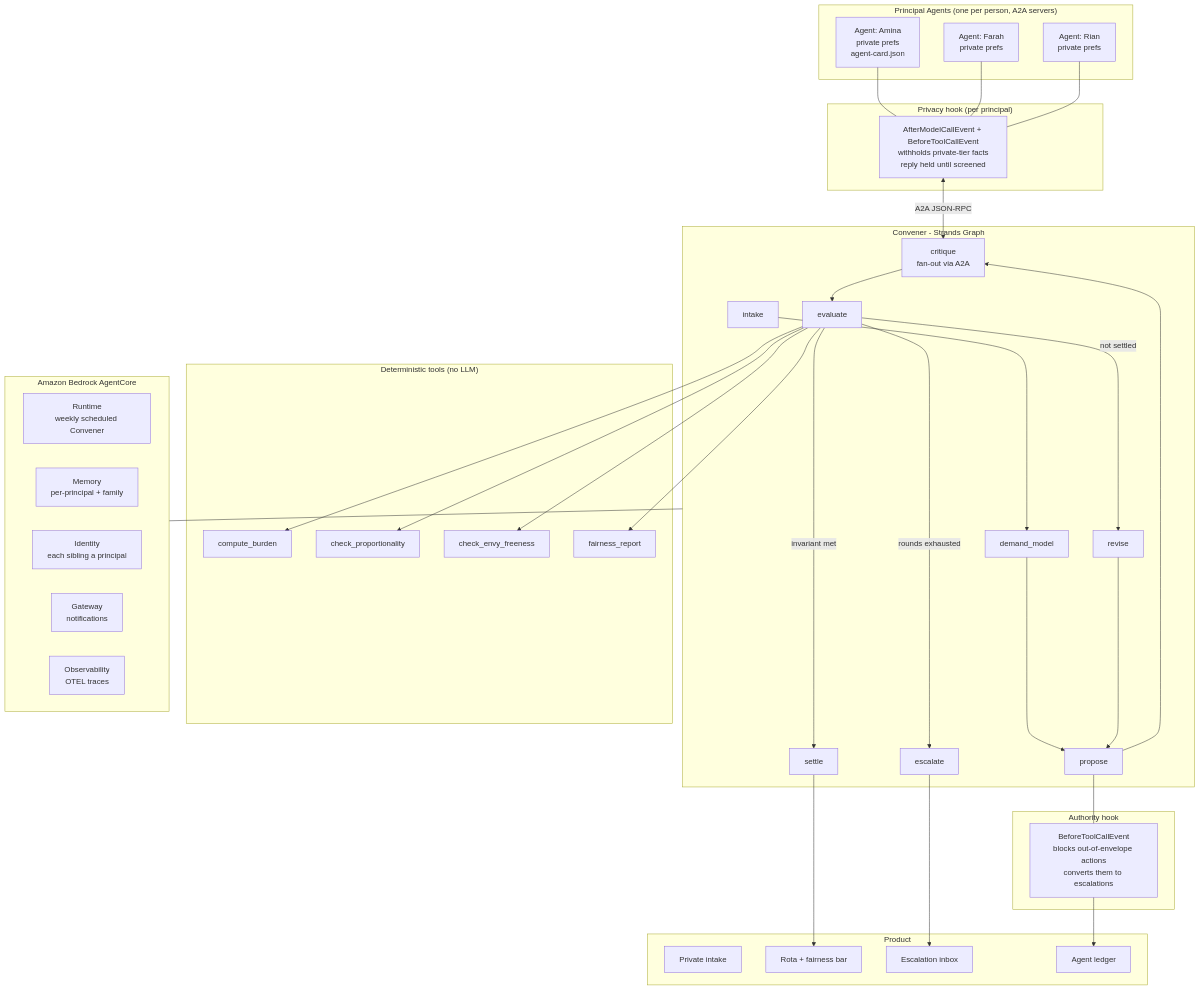
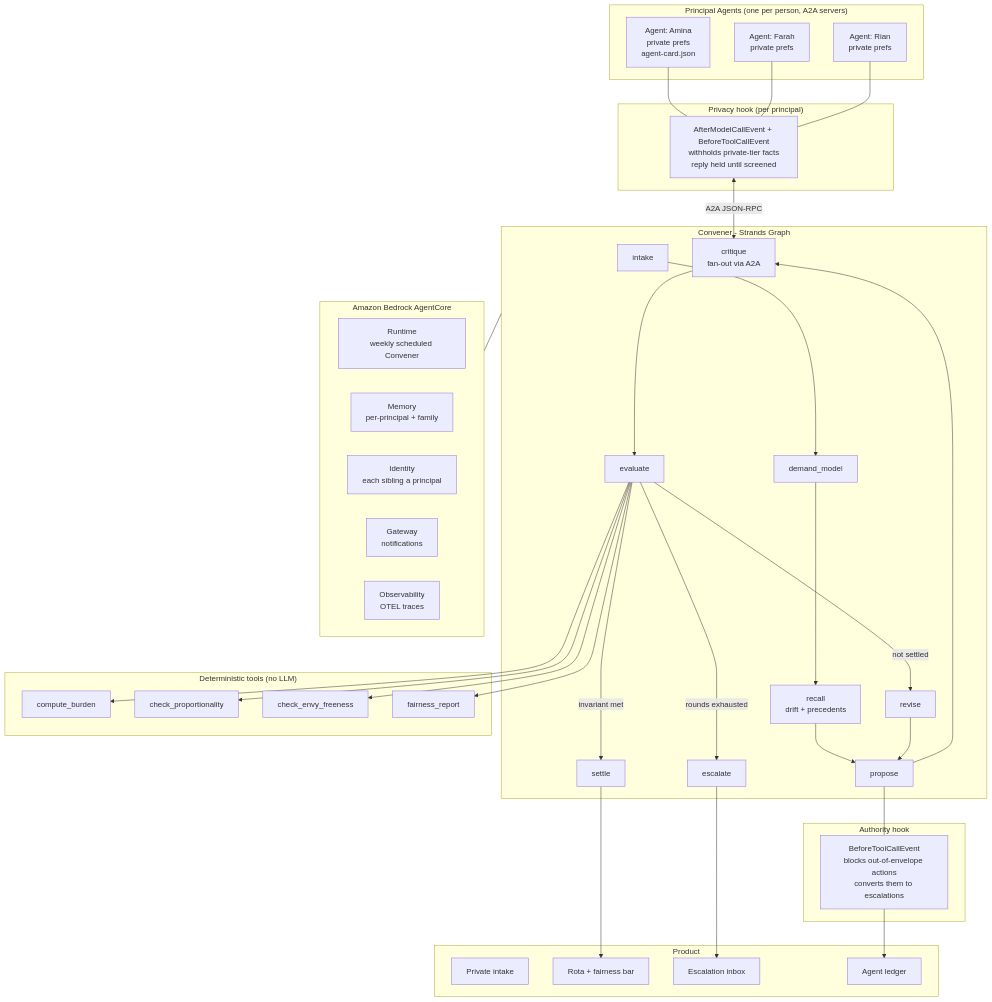
One commit to ahammadshawki8/Shoulder changed the second of 2 diagrams in CLAUDE.md. Above: the diagram before and after it, drawn with Mermaid. The commit also changed other lines of this file and 32 other files, not shown here.

````diff
--- a/CLAUDE.md
+++ b/CLAUDE.md
@@ -294,60 +294,61 @@
 ```mermaid
 flowchart TB
     subgraph Principals["Principal Agents (one per person, A2A servers)"]
         PA["Agent: Amina<br/>private prefs<br/>agent-card.json"]
         PB["Agent: Farah<br/>private prefs"]
         PC["Agent: Rian<br/>private prefs"]
     end
 
     subgraph Guard["Privacy hook (per principal)"]
         H1["AfterModelCallEvent + BeforeToolCallEvent<br/>withholds private-tier facts<br/>reply held until screened"]
     end
 
     subgraph Convener["Convener - Strands Graph"]
         N1[intake] --> N2[demand_model]
-        N2 --> N3[propose]
+        N2 --> N0["recall<br/>drift + precedents"]
+        N0 --> N3[propose]
         N3 --> N4["critique<br/>fan-out via A2A"]
         N4 --> N5[evaluate]
         N5 -->|not settled| N6[revise]
         N6 --> N3
         N5 -->|invariant met| N7[settle]
         N5 -->|rounds exhausted| N8[escalate]
     end
 
     subgraph Tools["Deterministic tools (no LLM)"]
         T1[compute_burden]
         T2[check_proportionality]
         T3[check_envy_freeness]
         T4[fairness_report]
     end
 
     subgraph Envelope["Authority hook"]
         H2["BeforeToolCallEvent<br/>blocks out-of-envelope actions<br/>converts them to escalations"]
     end
 
     subgraph Surface["Product"]
         S1[Private intake]
         S2[Rota + fairness bar]
         S3[Escalation inbox]
         S4[Agent ledger]
     end
 
     subgraph AWS["Amazon Bedrock AgentCore"]
         R1["Runtime<br/>weekly scheduled Convener"]
         M1["Memory<br/>per-principal + family"]
         I1["Identity<br/>each sibling a principal"]
         G1["Gateway<br/>notifications"]
         O1["Observability<br/>OTEL traces"]
     end
 
     PA --- H1
     PB --- H1
     PC --- H1
     H1 <-->|A2A JSON-RPC| N4
     N5 --> T1 & T2 & T3 & T4
     N3 --- H2
     N7 --> S2
     N8 --> S3
     H2 --> S4
     Convener --- AWS
 ```
````
